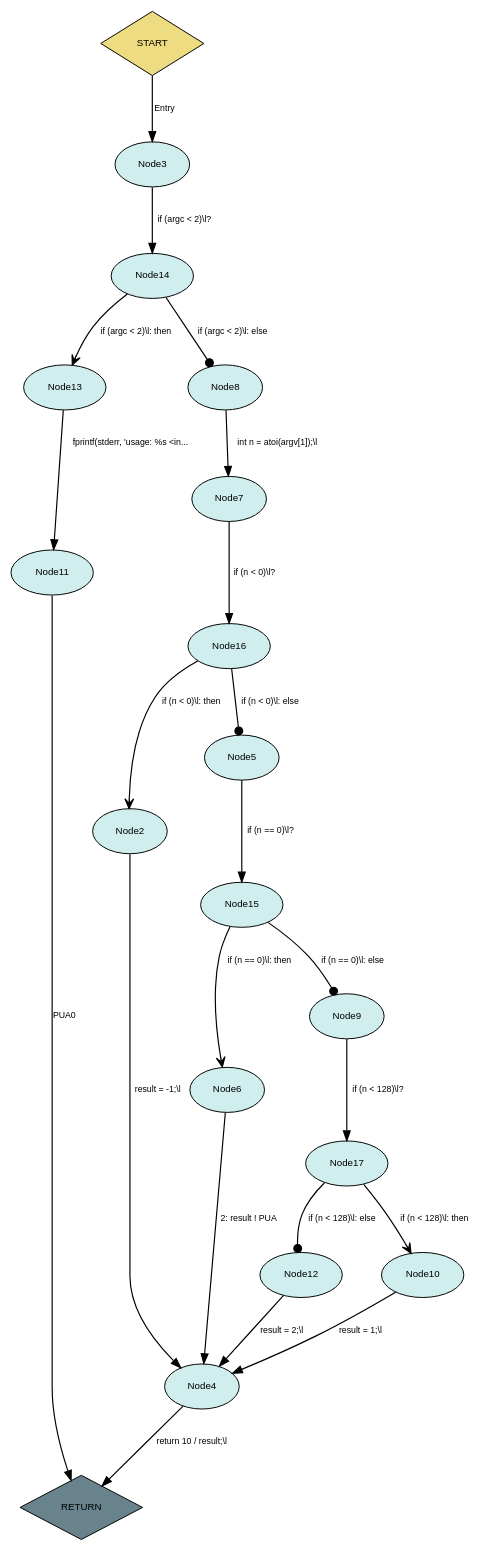
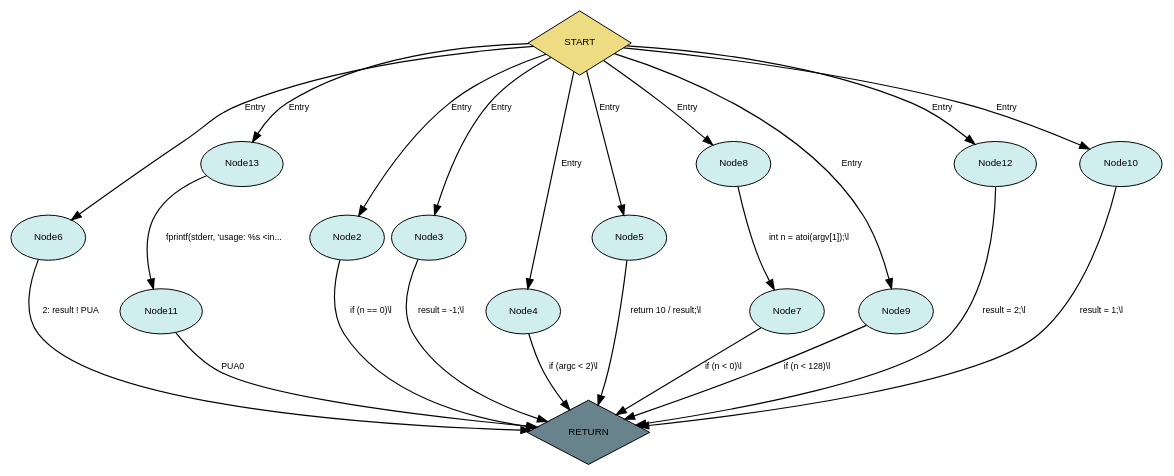
The diagram in exampleFiles/dots/llvmBasedResults/PUA_CFG_DOT.dot (FelicitasGarcia/MimicryMonitor), drawn with Graphviz before and after one commit. The commit also changed 65 other files, not shown here.

```diff
--- a/exampleFiles/dots/llvmBasedResults/PUA_CFG_DOT.dot
+++ b/exampleFiles/dots/llvmBasedResults/PUA_CFG_DOT.dot
@@ -1,49 +1,46 @@
 digraph CFG {
   rankdir=TB; // Top to bottom layout
   rank=min;
   nodesep=0.5; // Increase node separation
   ranksep=0.8; // Increase rank separation
 edge [curvature=0.3];  node [fontname="Helvetica", fontsize=10];
   edge [fontname="Helvetica", fontsize=9];
 
+  6 [label="Node6", style=filled, fillcolor="lightcyan2", shape=ellipse, margin="0.15,0.15"];
+  0 [label="START", style=filled, fillcolor="lightgoldenrod2", shape=diamond, margin="0.15,0.15"];
   1 [label="RETURN", style=filled, fillcolor="lightblue4", shape=diamond, margin="0.15,0.15"];
-  0 [label="START", style=filled, fillcolor="lightgoldenrod2", shape=diamond, margin="0.15,0.15"];
+  13 [label="Node13", style=filled, fillcolor="lightcyan2", shape=ellipse, margin="0.15,0.15"];
   2 [label="Node2", style=filled, fillcolor="lightcyan2", shape=ellipse, margin="0.15,0.15"];
   3 [label="Node3", style=filled, fillcolor="lightcyan2", shape=ellipse, margin="0.15,0.15"];
-  11 [label="Node11", style=filled, fillcolor="lightcyan2", shape=ellipse, margin="0.15,0.15"];
-  16 [label="Node16", style=filled, fillcolor="lightcyan2", shape=ellipse, margin="0.15,0.15"];
   4 [label="Node4", style=filled, fillcolor="lightcyan2", shape=ellipse, margin="0.15,0.15"];
   5 [label="Node5", style=filled, fillcolor="lightcyan2", shape=ellipse, margin="0.15,0.15"];
-  6 [label="Node6", style=filled, fillcolor="lightcyan2", shape=ellipse, margin="0.15,0.15"];
-  13 [label="Node13", style=filled, fillcolor="lightcyan2", shape=ellipse, margin="0.15,0.15"];
   7 [label="Node7", style=filled, fillcolor="lightcyan2", shape=ellipse, margin="0.15,0.15"];
   8 [label="Node8", style=filled, fillcolor="lightcyan2", shape=ellipse, margin="0.15,0.15"];
+  9 [label="Node9", style=filled, fillcolor="lightcyan2", shape=ellipse, margin="0.15,0.15"];
+  11 [label="Node11", style=filled, fillcolor="lightcyan2", shape=ellipse, margin="0.15,0.15"];
   12 [label="Node12", style=filled, fillcolor="lightcyan2", shape=ellipse, margin="0.15,0.15"];
-  9 [label="Node9", style=filled, fillcolor="lightcyan2", shape=ellipse, margin="0.15,0.15"];
-  15 [label="Node15", style=filled, fillcolor="lightcyan2", shape=ellipse, margin="0.15,0.15"];
-  17 [label="Node17", style=filled, fillcolor="lightcyan2", shape=ellipse, margin="0.15,0.15"];
-  14 [label="Node14", style=filled, fillcolor="lightcyan2", shape=ellipse, margin="0.15,0.15"];
   10 [label="Node10", style=filled, fillcolor="lightcyan2", shape=ellipse, margin="0.15,0.15"];
 
-  0 -> 3 [label="Entry", id=16, arrowhead=normal, penwidth=1.2];
-  3 -> 14 [label="if (argc \< 2)\\l?", id=16, arrowhead=normal, penwidth=1.2];
-  14 -> 13 [label="if (argc \< 2)\\l: then", id=16, arrowhead=vee, penwidth=1.2];
-  14 -> 8 [label="if (argc \< 2)\\l: else", id=16, arrowhead=dot, penwidth=1.2];
+  0 -> 4 [label="Entry", id=16, arrowhead=normal, penwidth=1.2];
+  4 -> 1 [label="if (argc \< 2)\\l", id=16, arrowhead=normal, penwidth=1.2];
+  0 -> 13 [label="Entry", id=18, arrowhead=normal, penwidth=1.2];
   13 -> 11 [label="fprintf(stderr, 'usage: %s \<in...", id=18, arrowhead=normal, penwidth=1.2];
   11 -> 1 [label="PUA0", id=19, arrowhead=normal, penwidth=1.2];
+  0 -> 8 [label="Entry", id=21, arrowhead=normal, penwidth=1.2];
   8 -> 7 [label="int n = atoi(argv[1]);\\l", id=21, arrowhead=normal, penwidth=1.2];
-  7 -> 16 [label="if (n \< 0)\\l?", id=23, arrowhead=normal, penwidth=1.2];
-  16 -> 2 [label="if (n \< 0)\\l: then", id=23, arrowhead=vee, penwidth=1.2];
-  16 -> 5 [label="if (n \< 0)\\l: else", id=23, arrowhead=dot, penwidth=1.2];
-  2 -> 4 [label="result = -1;\\l", id=24, arrowhead=normal, penwidth=1.2];
-  5 -> 15 [label="if (n == 0)\\l?", id=25, arrowhead=normal, penwidth=1.2];
-  15 -> 6 [label="if (n == 0)\\l: then", id=25, arrowhead=vee, penwidth=1.2];
-  15 -> 9 [label="if (n == 0)\\l: else", id=25, arrowhead=dot, penwidth=1.2];
-  6 -> 4 [label="2: result ! PUA", id=26, arrowhead=normal, penwidth=1.2];
-  9 -> 17 [label="if (n \< 128)\\l?", id=27, arrowhead=normal, penwidth=1.2];
-  17 -> 10 [label="if (n \< 128)\\l: then", id=27, arrowhead=vee, penwidth=1.2];
-  17 -> 12 [label="if (n \< 128)\\l: else", id=27, arrowhead=dot, penwidth=1.2];
-  10 -> 4 [label="result = 1;\\l", id=28, arrowhead=normal, penwidth=1.2];
-  12 -> 4 [label="result = 2;\\l", id=30, arrowhead=normal, penwidth=1.2];
-  4 -> 1 [label="return 10 / result;\\l", id=31, arrowhead=normal, penwidth=1.2];
+  7 -> 1 [label="if (n \< 0)\\l", id=23, arrowhead=normal, penwidth=1.2];
+  0 -> 3 [label="Entry", id=24, arrowhead=normal, penwidth=1.2];
+  3 -> 1 [label="result = -1;\\l", id=24, arrowhead=normal, penwidth=1.2];
+  0 -> 2 [label="Entry", id=25, arrowhead=normal, penwidth=1.2];
+  2 -> 1 [label="if (n == 0)\\l", id=25, arrowhead=normal, penwidth=1.2];
+  0 -> 6 [label="Entry", id=26, arrowhead=normal, penwidth=1.2];
+  6 -> 1 [label="2: result ! PUA", id=26, arrowhead=normal, penwidth=1.2];
+  0 -> 9 [label="Entry", id=27, arrowhead=normal, penwidth=1.2];
+  9 -> 1 [label="if (n \< 128)\\l", id=27, arrowhead=normal, penwidth=1.2];
+  0 -> 10 [label="Entry", id=28, arrowhead=normal, penwidth=1.2];
+  10 -> 1 [label="result = 1;\\l", id=28, arrowhead=normal, penwidth=1.2];
+  0 -> 12 [label="Entry", id=30, arrowhead=normal, penwidth=1.2];
+  12 -> 1 [label="result = 2;\\l", id=30, arrowhead=normal, penwidth=1.2];
+  0 -> 5 [label="Entry", id=31, arrowhead=normal, penwidth=1.2];
+  5 -> 1 [label="return 10 / result;\\l", id=31, arrowhead=normal, penwidth=1.2];
 }
```
